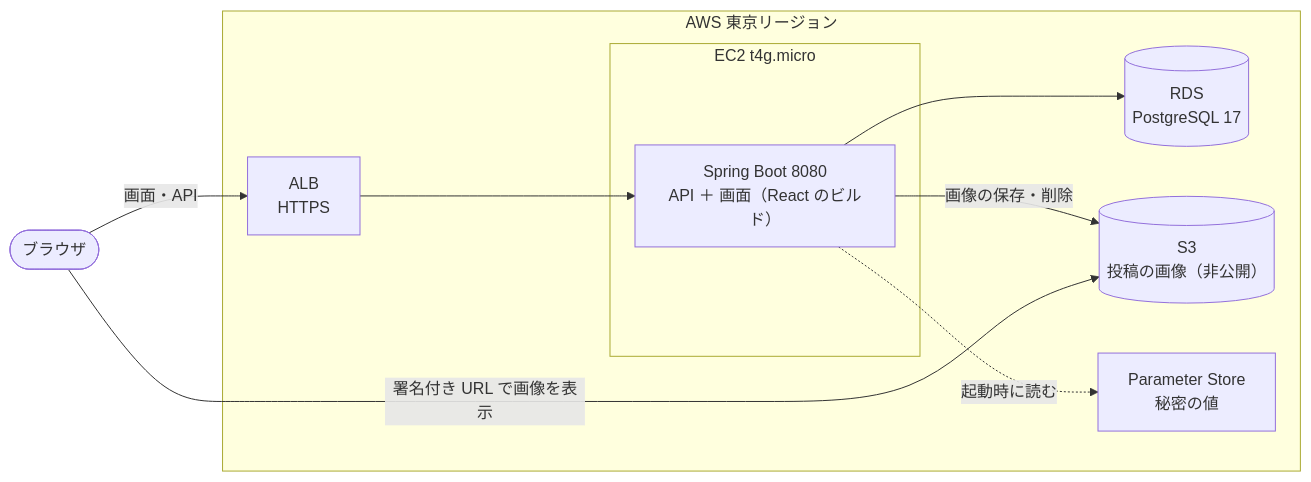
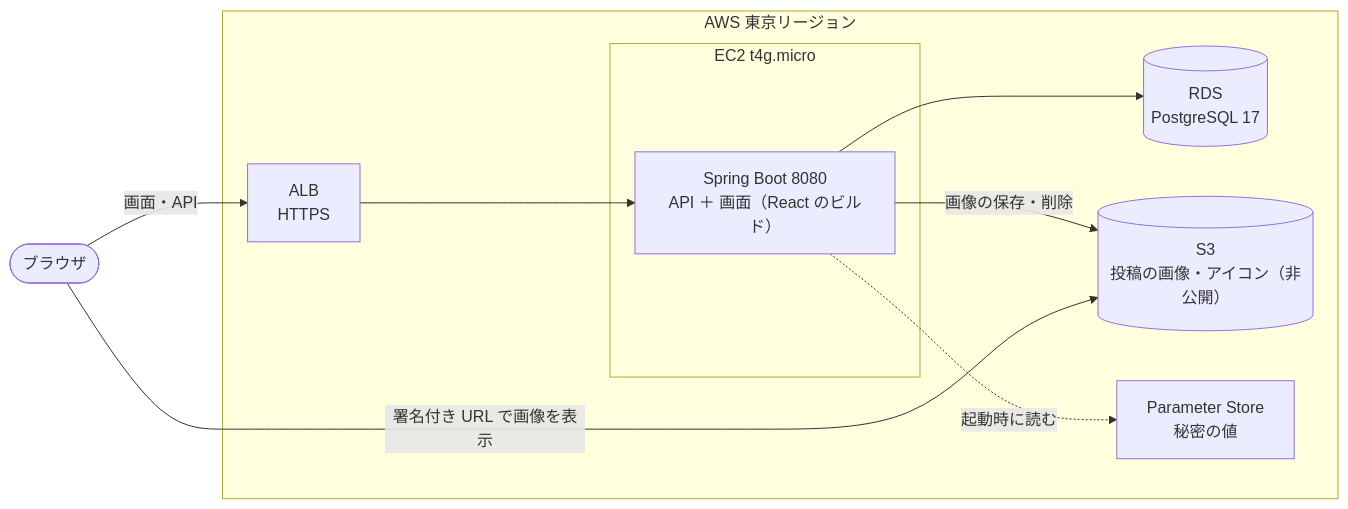
The diagram in README.md (y0408e0301-star/raise-timeline), drawn with Mermaid before and after one commit. The commit also changed other lines of this file and 14 other files, not shown here.

````diff
--- a/README.md
+++ b/README.md
@@ -81,20 +82,20 @@
 ```mermaid
 flowchart LR
     user(["ブラウザ"])
 
     subgraph aws["AWS 東京リージョン"]
         alb["ALB<br/>HTTPS"]
         subgraph ec2["EC2 t4g.micro"]
             app["Spring Boot 8080<br/>API ＋ 画面（React のビルド）"]
         end
         rds[("RDS<br/>PostgreSQL 17")]
-        s3[("S3<br/>投稿の画像（非公開）")]
+        s3[("S3<br/>投稿の画像・アイコン（非公開）")]
         ssm["Parameter Store<br/>秘密の値"]
     end
 
     user -- "画面・API" --> alb --> app
     app --> rds
     app -- "画像の保存・削除" --> s3
     user -- "署名付き URL で画像を表示" --> s3
     app -. "起動時に読む" .-> ssm
 ```
````
